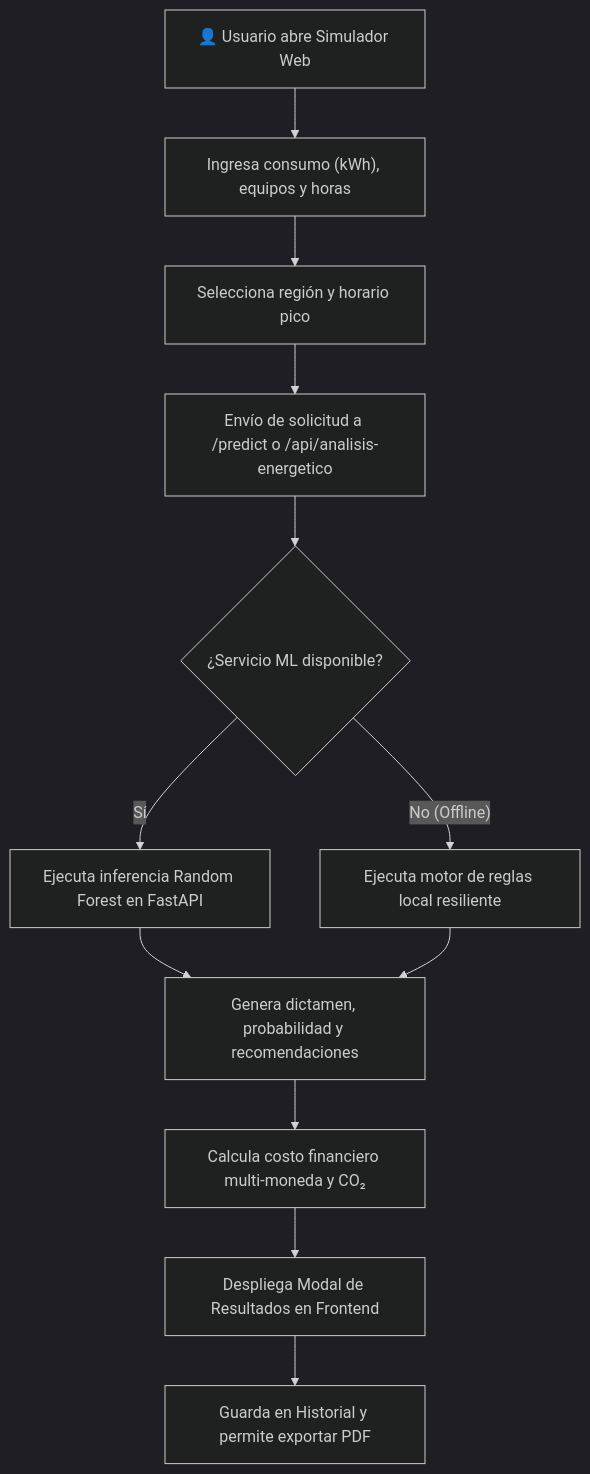
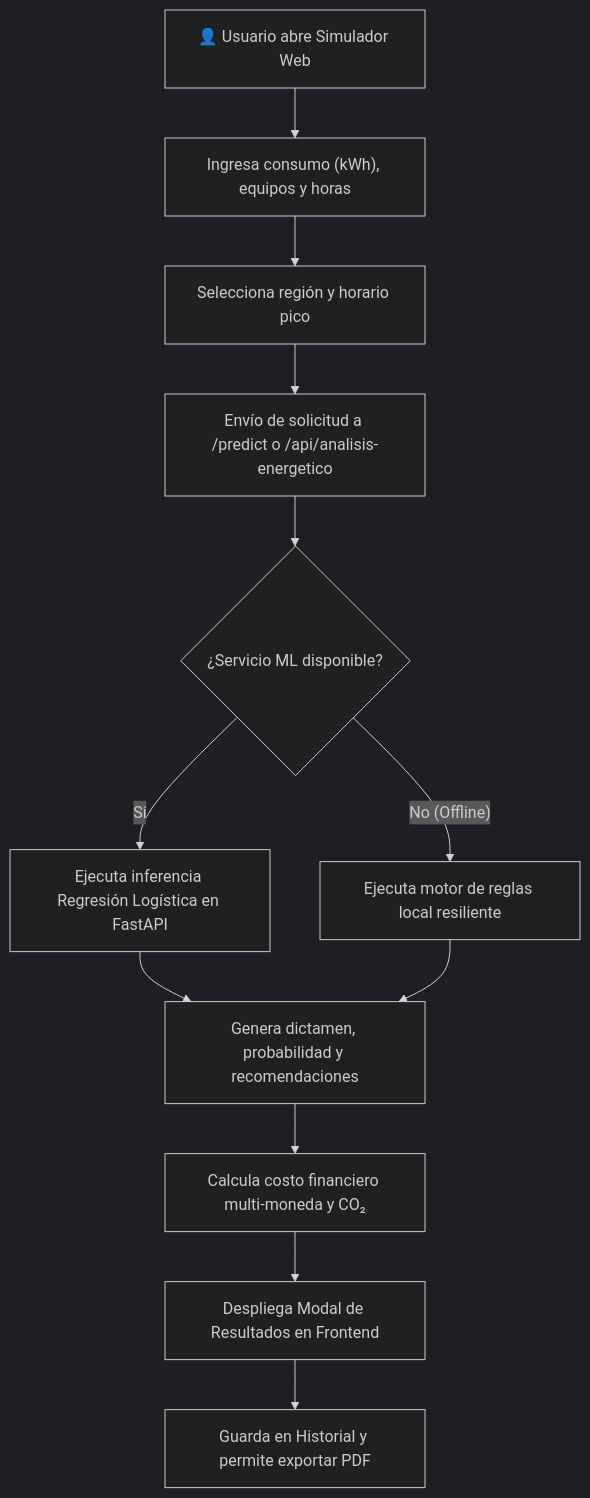
The third of 3 diagrams in README.md (No-Country-simulation/G9-LATAM-TEAM-60), drawn with Mermaid (dark theme) before and after one commit. The commit also changed other lines of this file and 2 other files, not shown here.

Commit message:
docs(frontend): actualizar Frontend/README.md, README.md y diagramas Mermaid con arquitectura relacional de 3 tablas y modelo de Regresión Logística

````diff
--- a/README.md
+++ b/README.md
@@ -329,14 +329,14 @@
 ```mermaid
 flowchart TD
     A["👤 Usuario abre Simulador Web"] --> B["Ingresa consumo (kWh), equipos y horas"]
     B --> C["Selecciona región y horario pico"]
     C --> D["Envío de solicitud a /predict o /api/analisis-energetico"]
     D --> E{"¿Servicio ML disponible?"}
-    E -->|"Sí"| F["Ejecuta inferencia Random Forest en FastAPI"]
+    E -->|"Sí"| F["Ejecuta inferencia Regresión Logística en FastAPI"]
     E -->|"No (Offline)"| G["Ejecuta motor de reglas local resiliente"]
     F --> H["Genera dictamen, probabilidad y recomendaciones"]
     G --> H
     H --> I["Calcula costo financiero multi-moneda y CO₂"]
     I --> J["Despliega Modal de Resultados en Frontend"]
     J --> K["Guarda en Historial y permite exportar PDF"]
 ```
````
